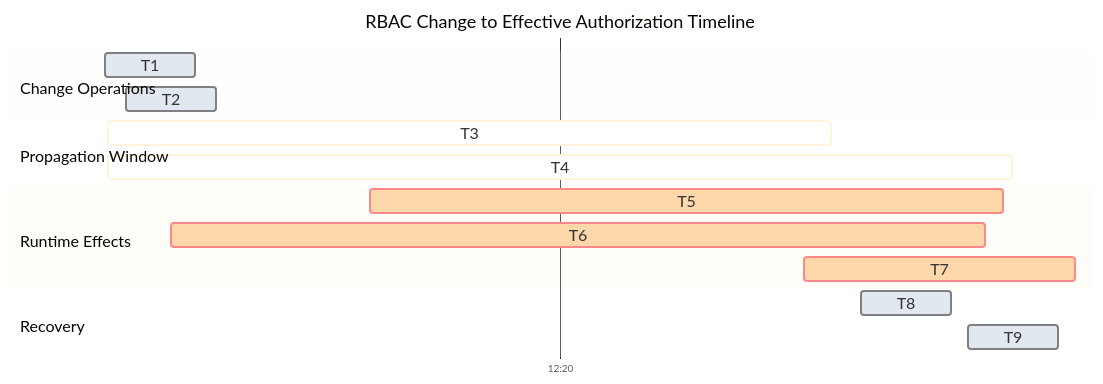
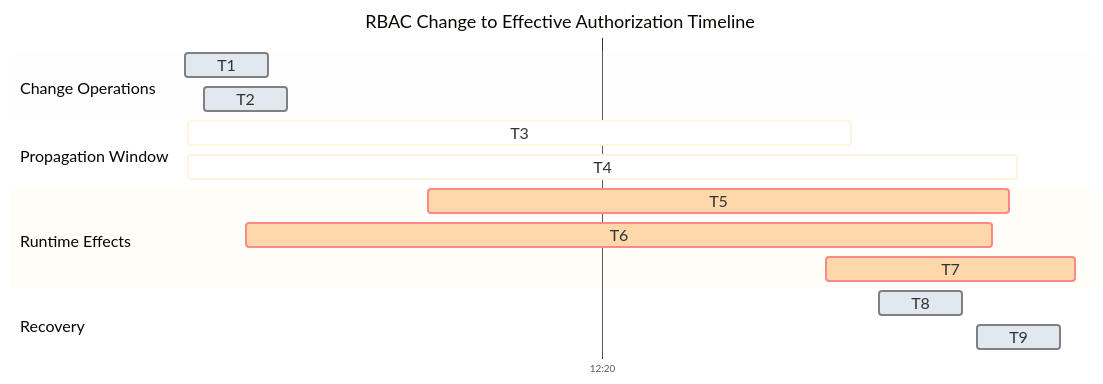
One commit to yeongseon/azure-functions-practical-guide changed the second of 5 diagrams in docs/troubleshooting/lab-guides/managed-identity-auth.md. Above: the diagram before and after it, drawn with Mermaid. The commit also changed 1 other file, not shown here.

Commit message:
docs(diagrams): separate long RBAC timeline section labels from bars
Reserve a wider diagram-local section column without changing timeline
content or text sizes, and refresh the matching inventory digest.

Refs #263

````diff
--- a/docs/troubleshooting/lab-guides/managed-identity-auth.md
+++ b/docs/troubleshooting/lab-guides/managed-identity-auth.md
@@ -182,27 +182,27 @@
 ```mermaid
-%%{init: {"gantt":{"fontSize":16,"sectionFontSize":16,"leftPadding":95,"rightPadding":35,"barHeight":24,"barGap":10},"theme":"base","themeVariables":{"doneTaskBkgColor":"#e2e8f0","critBkgColor":"#fed7aa","taskBkgColor":"#e2e8f0"},"themeCSS":".grid .tick text{font-size:16px;fill:var(--md-default-fg-color);} .section{opacity:0;} .titleText{font-size:14px;fill:var(--md-default-fg-color);} .sectionTitle{fill:var(--md-default-fg-color);} .taskTextOutsideLeft,.taskTextOutsideRight{fill:var(--md-default-fg-color)!important;} .taskText{fill:#14202e!important;}"}}%%
+%%{init: {"gantt":{"fontSize":16,"sectionFontSize":16,"leftPadding":175,"rightPadding":35,"barHeight":24,"barGap":10},"theme":"base","themeVariables":{"doneTaskBkgColor":"#e2e8f0","critBkgColor":"#fed7aa","taskBkgColor":"#e2e8f0"},"themeCSS":".grid .tick text{font-size:16px;fill:var(--md-default-fg-color);} .section{opacity:0;} .titleText{font-size:14px;fill:var(--md-default-fg-color);} .sectionTitle{fill:var(--md-default-fg-color);} .taskTextOutsideLeft,.taskTextOutsideRight{fill:var(--md-default-fg-color)!important;} .taskText{fill:#14202e!important;}"}}%%
 gantt
     accTitle: RBAC change and effective authorization timing model
     accDescr: Nine original periods across Change Operations, Propagation Window, Runtime Effects and Recovery. T1 to T9 expand in the adjacent key; dates are preserved, not newly validated.
     title RBAC Change to Effective Authorization Timeline
     dateFormat  YYYY-MM-DD HH:mm:ss
     axisFormat  %H:%M
     tickInterval 10minute
 
     section Change Operations
     T1 :done, a1, 2026-04-04 12:14:58, 1m
     T2 :done, a2, 2026-04-04 12:15:12, 1m
 
     section Propagation Window
     T3 :active, b1, 2026-04-04 12:15:00, 8m
     T4 :active, b2, 2026-04-04 12:15:00, 10m
 
     section Runtime Effects
     T5 :crit, c1, 2026-04-04 12:17:54, 7m
     T6 :crit, c2, 2026-04-04 12:15:42, 9m
     T7 :crit, c3, 2026-04-04 12:22:42, 3m
 
     section Recovery
     T8 :done, d1, 2026-04-04 12:23:20, 1m
     T9 :done, d2, 2026-04-04 12:24:31, 1m
 ```
````
